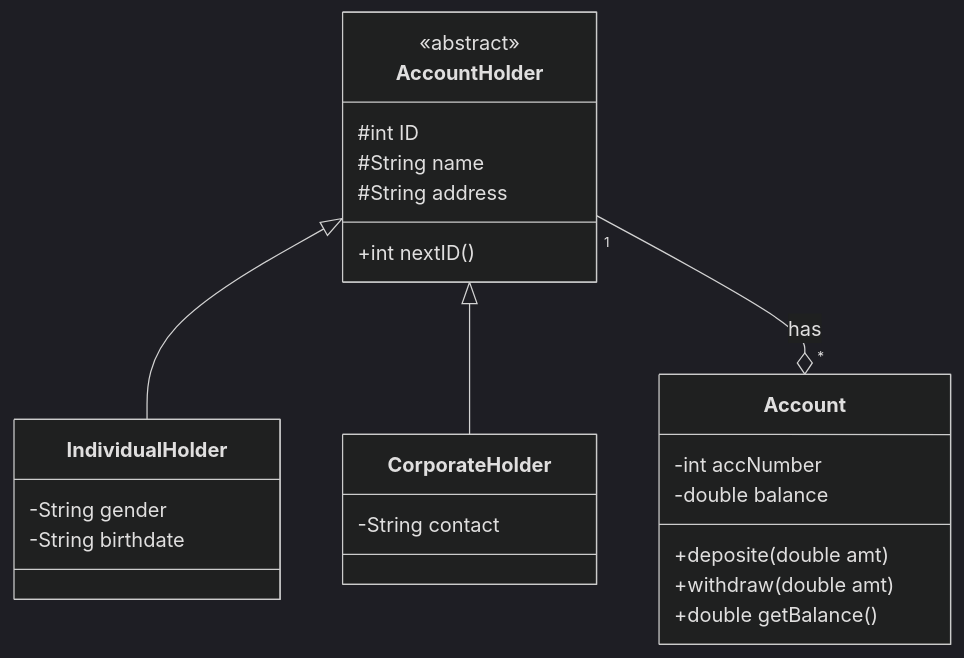
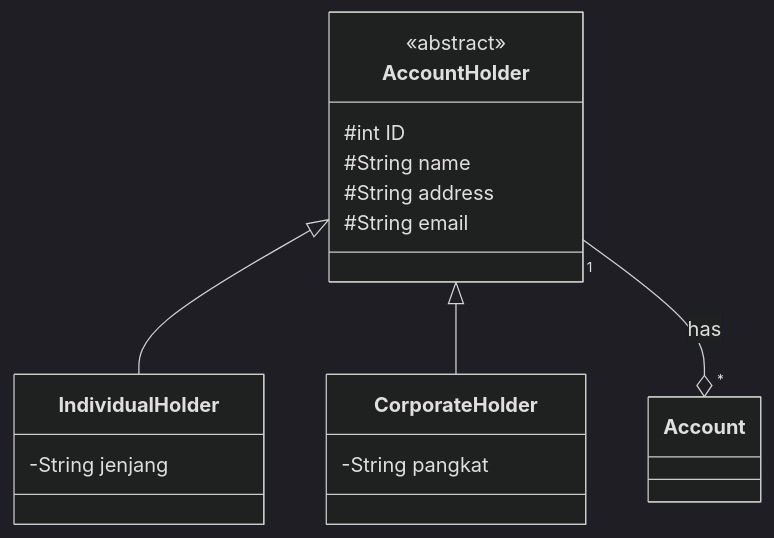
One commit to ryecries/Project changed the first of 2 diagrams in README.md. Above: the diagram before and after it, drawn with Mermaid (dark theme). The commit also changed other lines of this file, not shown here.

````diff
--- a/README.md
+++ b/README.md
@@ -23,29 +23,22 @@
 ```mermaid
 classDiagram
     AccountHolder <|-- IndividualHolder
     AccountHolder <|-- CorporateHolder
     AccountHolder "1"--o"*" Account : has
 
     class AccountHolder{
     <<abstract>>
     #int ID
     #String name
     #String address
-    +int nextID()
+    #String email
     }
     class IndividualHolder{
-     -String gender
-     -String birthdate
+     -String jenjang
     }
     class CorporateHolder{
-     -String contact
+     -String pangkat
     }
-    class Account{
-     -int accNumber
-     -double balance
-     +deposite(double amt)
-     +withdraw(double amt)
-     +double getBalance()
-    }   
+    
 
 ```
````
